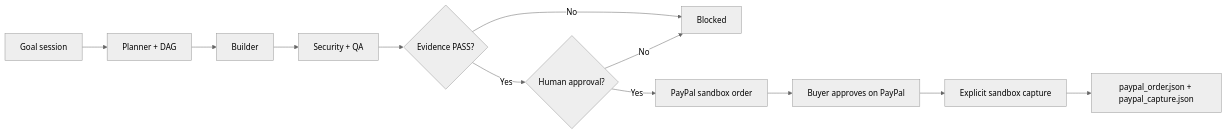
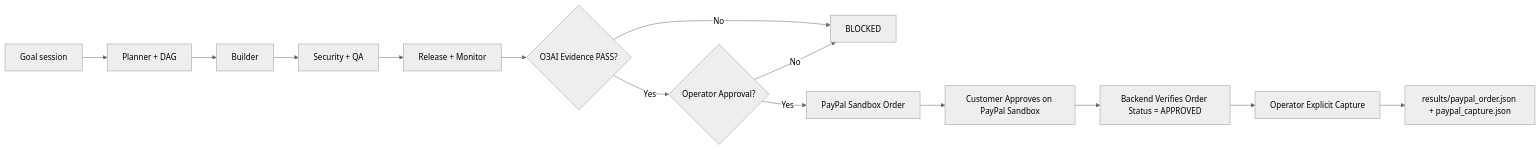
The diagram in docs/paypal-hackathon.md (ankitpt2005/O3AI), drawn with Mermaid (neutral theme) before and after one commit. The commit also changed other lines of this file and 18 other files, not shown here.

````diff
--- a/docs/paypal-hackathon.md
+++ b/docs/paypal-hackathon.md
@@ -5,14 +5,16 @@
 ```mermaid
 flowchart LR
   G[Goal session] --> P[Planner + DAG]
   P --> B[Builder]
   B --> Q[Security + QA]
-  Q --> E{Evidence PASS?}
-  E -->|No| STOP[Blocked]
-  E -->|Yes| H{Human approval?}
+  Q --> R[Release + Monitor]
+  R --> E{O3AI Evidence PASS?}
+  E -->|No| STOP[BLOCKED]
+  E -->|Yes| H{Operator Approval?}
   H -->|No| STOP
-  H -->|Yes| O[PayPal sandbox order]
-  O --> U[Buyer approves on PayPal]
-  U --> C[Explicit sandbox capture]
-  C --> R[paypal_order.json + paypal_capture.json]
+  H -->|Yes| O[PayPal Sandbox Order]
+  O --> U[Customer Approves on PayPal Sandbox]
+  U --> V[Backend Verifies Order Status = APPROVED]
+  V --> C[Operator Explicit Capture]
+  C --> RES[results/paypal_order.json + paypal_capture.json]
 ```
````
